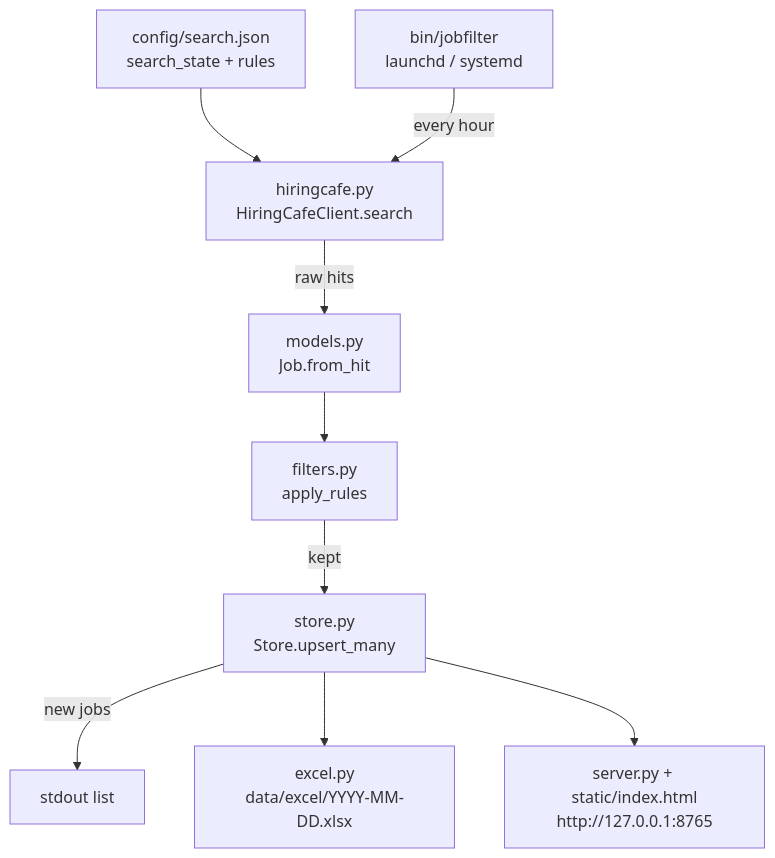
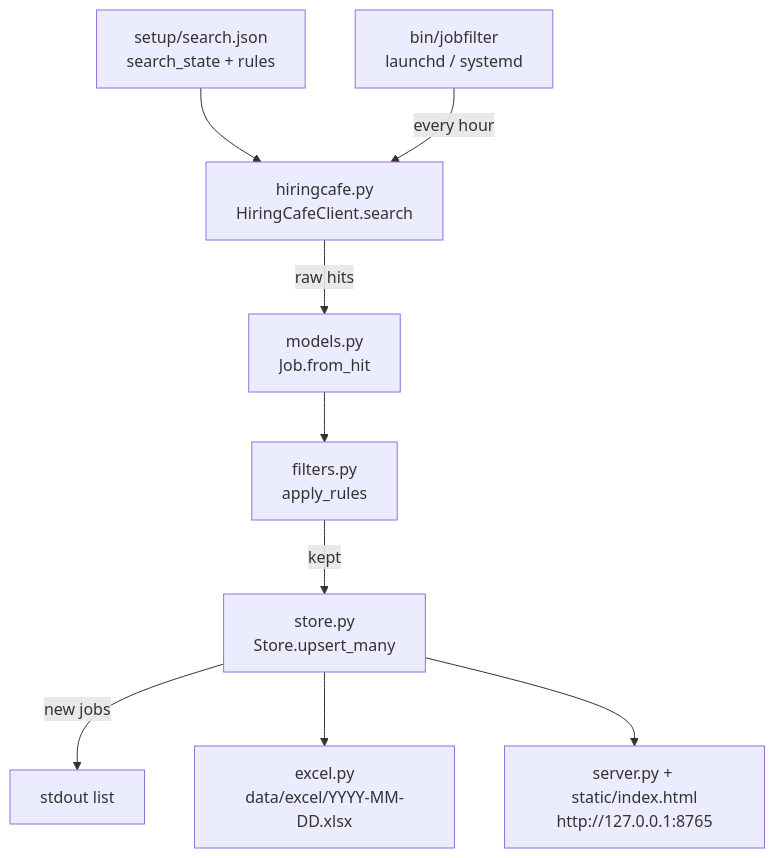
One commit to zhuyuezx/JobAppBot changed the diagram in jobFilter/README.md. Above: the diagram before and after it, drawn with Mermaid. The commit also changed other lines of this file and 13 other files, not shown here.

````diff
--- a/jobFilter/README.md
+++ b/jobFilter/README.md
@@ -7,11 +7,11 @@
 ```mermaid
 flowchart TD
-    A[config/search.json<br/>search_state + rules] --> B[hiringcafe.py<br/>HiringCafeClient.search]
+    A[setup/search.json<br/>search_state + rules] --> B[hiringcafe.py<br/>HiringCafeClient.search]
     B -->|raw hits| C[models.py<br/>Job.from_hit]
     C --> D[filters.py<br/>apply_rules]
     D -->|kept| E[store.py<br/>Store.upsert_many]
     E -->|new jobs| F[stdout list]
     E --> G[excel.py<br/>data/excel/YYYY-MM-DD.xlsx]
     E --> H[server.py + static/index.html<br/>http://127.0.0.1:8765]
     S[bin/jobfilter<br/>launchd / systemd] -->|every hour| B
 ```
````
